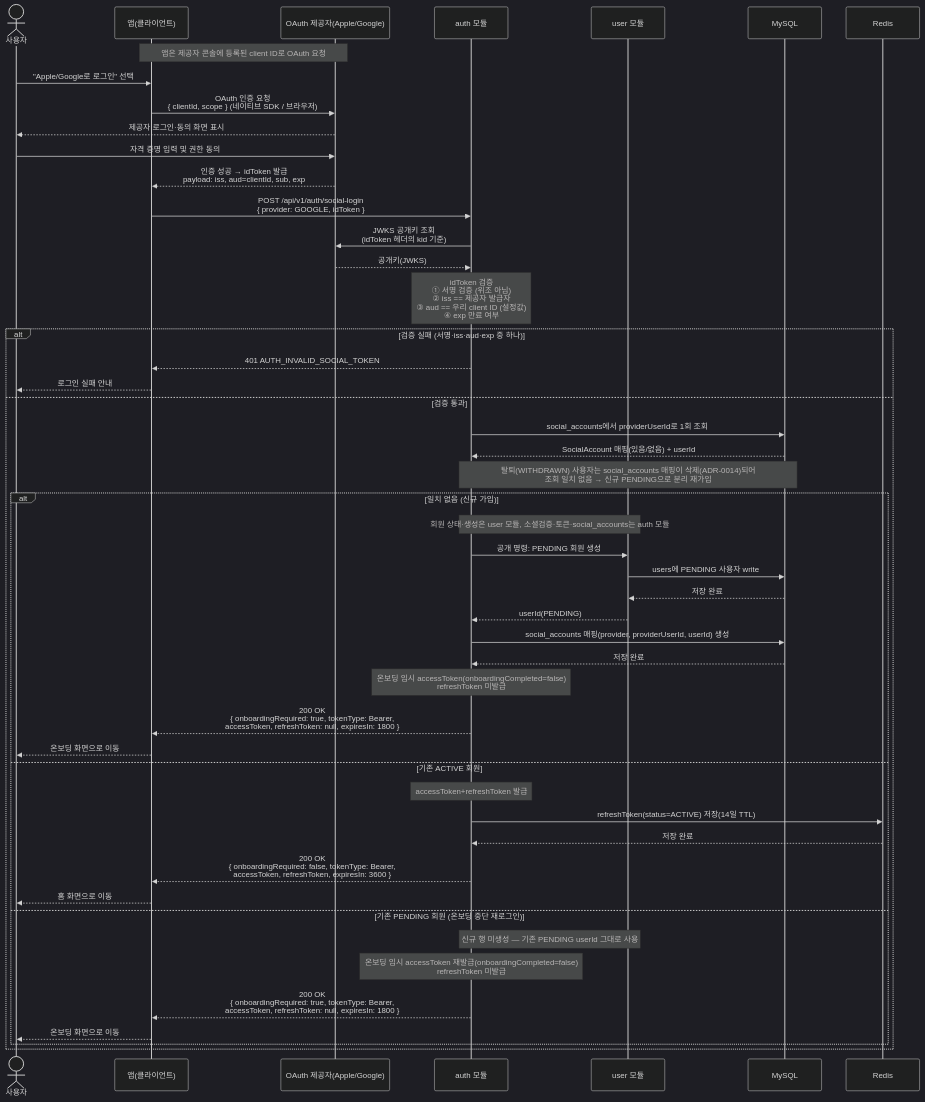
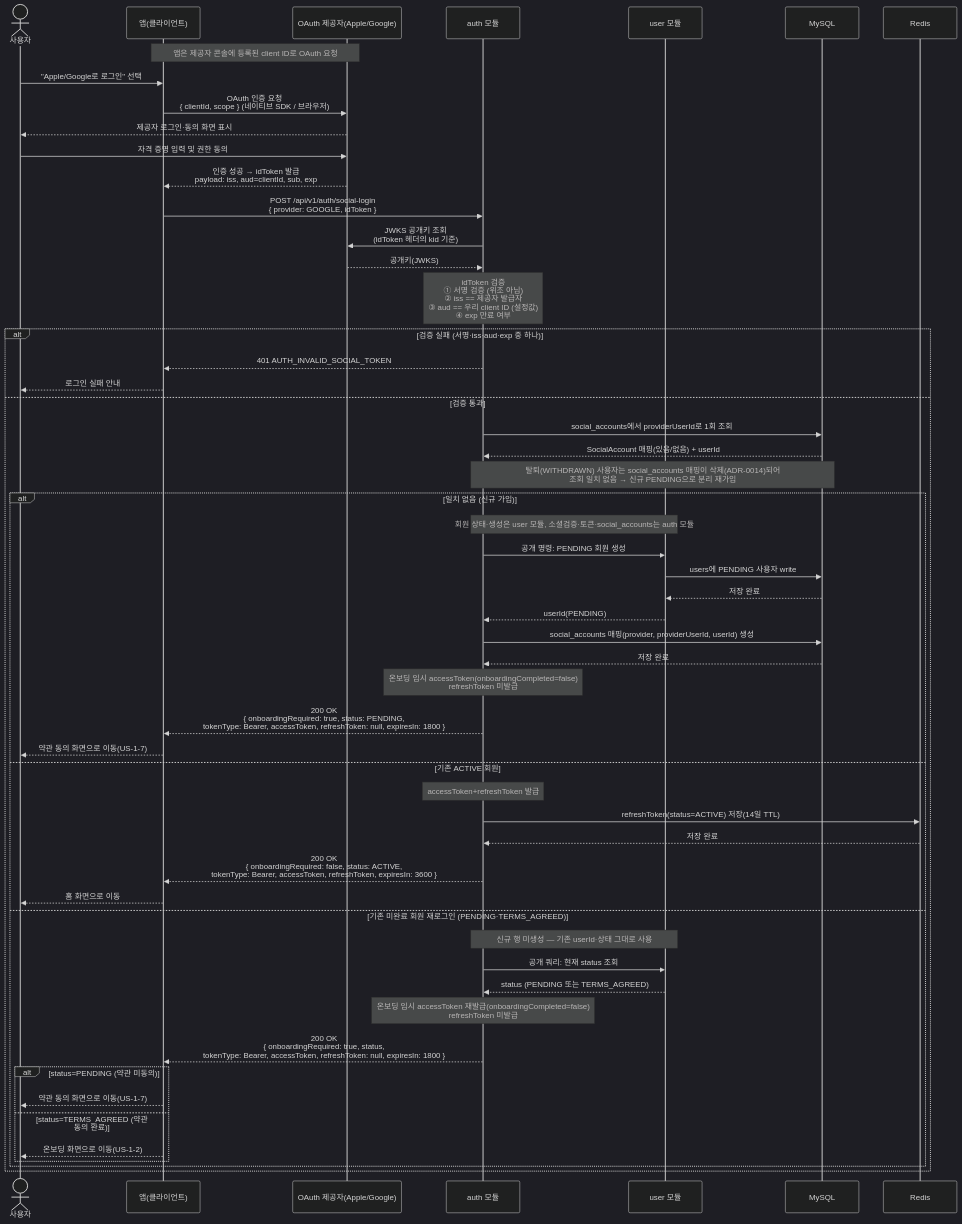
Before and after one commit to jameskim9509/Kohere-backend: the diagram in docs/architecture/sequence-diagrams/01-auth-onboarding/us-1-1-social-login.md, drawn with Mermaid (dark theme). The commit also changed other lines of this file and 83 other files, not shown here.

````diff
--- a/docs/architecture/sequence-diagrams/01-auth-onboarding/us-1-1-social-login.md
+++ b/docs/architecture/sequence-diagrams/01-auth-onboarding/us-1-1-social-login.md
@@ -7,52 +7,58 @@
 ```mermaid
 sequenceDiagram
     actor U as 사용자
     participant C as 앱(클라이언트)
     participant P as OAuth 제공자(Apple/Google)
     participant S as auth 모듈
     participant USER as user 모듈
     participant SQL as MySQL
     participant RDS as Redis
 
     Note over C,P: 앱은 제공자 콘솔에 등록된 client ID로 OAuth 요청
     U->>C: "Apple/Google로 로그인" 선택
     C->>P: OAuth 인증 요청<br/>{ clientId, scope } (네이티브 SDK / 브라우저)
     P-->>U: 제공자 로그인·동의 화면 표시
     U->>P: 자격 증명 입력 및 권한 동의
     P-->>C: 인증 성공 → idToken 발급<br/>payload: iss, aud=clientId, sub, exp
     C->>S: POST /api/v1/auth/social-login<br/>{ provider: GOOGLE, idToken }
     S->>P: JWKS 공개키 조회<br/>(idToken 헤더의 kid 기준)
     P-->>S: 공개키(JWKS)
     Note over S: idToken 검증<br/>① 서명 검증 (위조 아님)<br/>② iss == 제공자 발급자<br/>③ aud == 우리 client ID (설정값)<br/>④ exp 만료 여부
     alt 검증 실패 (서명·iss·aud·exp 중 하나)
         S-->>C: 401 AUTH_INVALID_SOCIAL_TOKEN
         C-->>U: 로그인 실패 안내
     else 검증 통과
         S->>SQL: social_accounts에서 providerUserId로 1회 조회
         SQL-->>S: SocialAccount 매핑(있음/없음) + userId
         Note over S,SQL: 탈퇴(WITHDRAWN) 사용자는 social_accounts 매핑이 삭제(ADR-0014)되어<br/>조회 일치 없음 → 신규 PENDING으로 분리 재가입
         alt 일치 없음 (신규 가입)
             Note over S,USER: 회원 상태·생성은 user 모듈, 소셜검증·토큰·social_accounts는 auth 모듈
             S->>USER: 공개 명령: PENDING 회원 생성
             USER->>SQL: users에 PENDING 사용자 write
             SQL-->>USER: 저장 완료
             USER-->>S: userId(PENDING)
             S->>SQL: social_accounts 매핑(provider, providerUserId, userId) 생성
             SQL-->>S: 저장 완료
             Note over S: 온보딩 임시 accessToken(onboardingCompleted=false)<br/>refreshToken 미발급
-            S-->>C: 200 OK<br/>{ onboardingRequired: true, tokenType: Bearer,<br/>accessToken, refreshToken: null, expiresIn: 1800 }
-            C-->>U: 온보딩 화면으로 이동
+            S-->>C: 200 OK<br/>{ onboardingRequired: true, status: PENDING,<br/>tokenType: Bearer, accessToken, refreshToken: null, expiresIn: 1800 }
+            C-->>U: 약관 동의 화면으로 이동(US-1-7)
         else 기존 ACTIVE 회원
             Note over S: accessToken+refreshToken 발급
             S->>RDS: refreshToken(status=ACTIVE) 저장(14일 TTL)
             RDS-->>S: 저장 완료
-            S-->>C: 200 OK<br/>{ onboardingRequired: false, tokenType: Bearer,<br/>accessToken, refreshToken, expiresIn: 3600 }
+            S-->>C: 200 OK<br/>{ onboardingRequired: false, status: ACTIVE,<br/>tokenType: Bearer, accessToken, refreshToken, expiresIn: 3600 }
             C-->>U: 홈 화면으로 이동
-        else 기존 PENDING 회원 (온보딩 중단 재로그인)
-            Note over S,USER: 신규 행 미생성 — 기존 PENDING userId 그대로 사용
+        else 기존 미완료 회원 재로그인 (PENDING·TERMS_AGREED)
+            Note over S,USER: 신규 행 미생성 — 기존 userId·상태 그대로 사용
+            S->>USER: 공개 쿼리: 현재 status 조회
+            USER-->>S: status (PENDING 또는 TERMS_AGREED)
             Note over S: 온보딩 임시 accessToken 재발급(onboardingCompleted=false)<br/>refreshToken 미발급
-            S-->>C: 200 OK<br/>{ onboardingRequired: true, tokenType: Bearer,<br/>accessToken, refreshToken: null, expiresIn: 1800 }
-            C-->>U: 온보딩 화면으로 이동
+            S-->>C: 200 OK<br/>{ onboardingRequired: true, status,<br/>tokenType: Bearer, accessToken, refreshToken: null, expiresIn: 1800 }
+            alt status=PENDING (약관 미동의)
+                C-->>U: 약관 동의 화면으로 이동(US-1-7)
+            else status=TERMS_AGREED (약관 동의 완료)
+                C-->>U: 온보딩 화면으로 이동(US-1-2)
+            end
         end
     end
 ```
````
